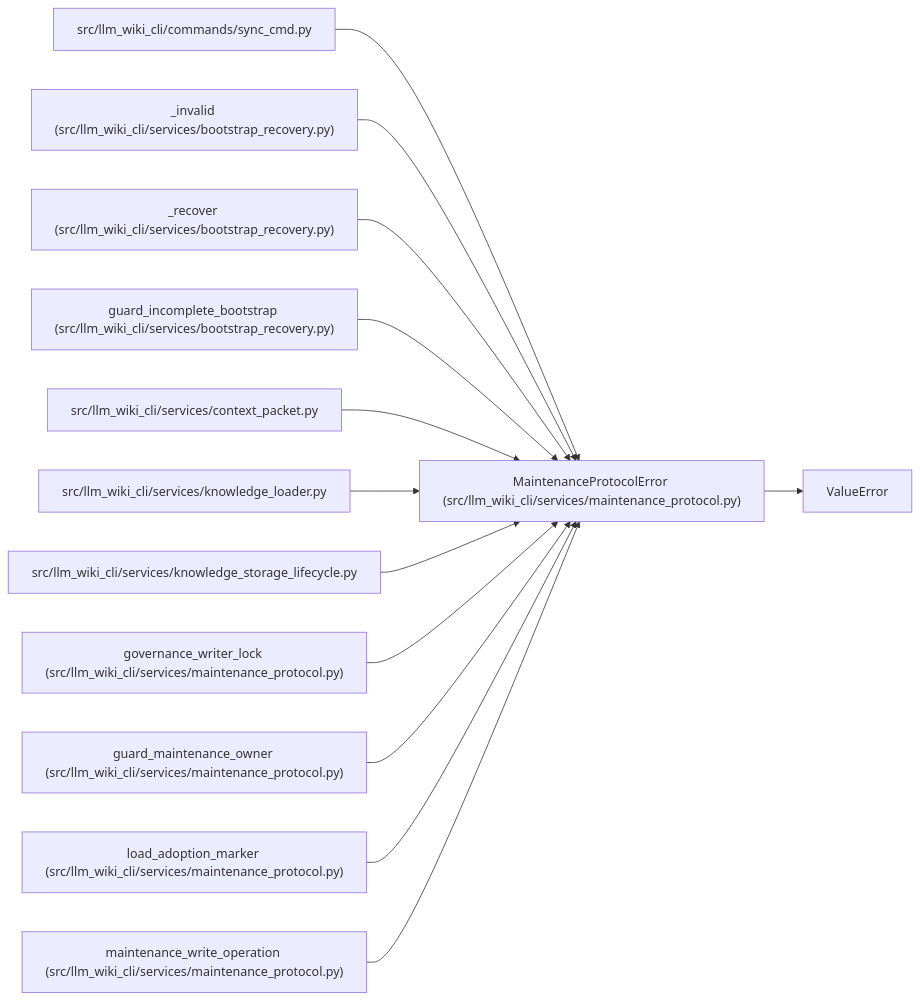
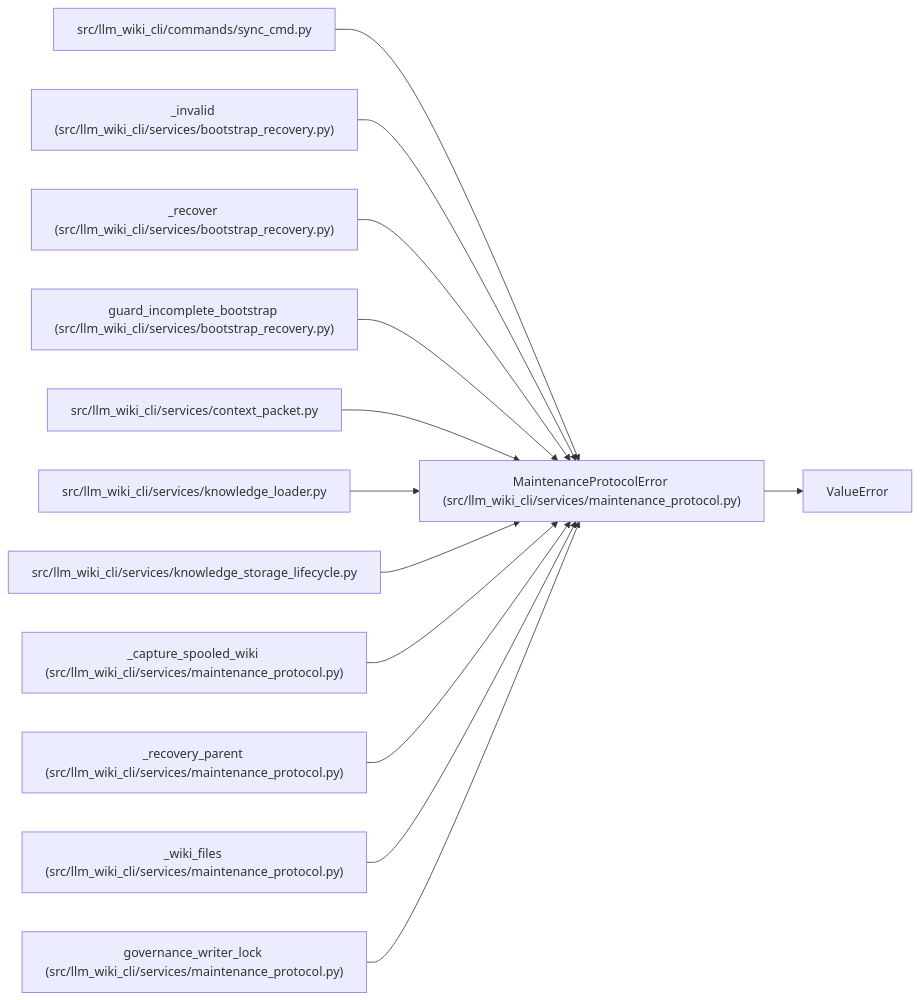
Before and after one commit to Denissvgn/python-wiki-llm: the diagram in docs/llm_wiki/entities/MaintenanceProtocolError.md, drawn with Mermaid. The commit also changed other lines of this file and 627 other files, not shown here.

Commit message:
docs: refresh release wiki for sync and recovery fixes

````diff
--- a/docs/llm_wiki/entities/MaintenanceProtocolError.md
+++ b/docs/llm_wiki/entities/MaintenanceProtocolError.md
@@ -25,40 +25,40 @@
 ```mermaid
 flowchart LR
     n0["MaintenanceProtocolError (src/llm_wiki_cli/services/maintenance_protocol.py)"]
     n1["ValueError"]
     n2["src/llm_wiki_cli/commands/sync_cmd.py"]
     n3["_invalid (src/llm_wiki_cli/services/bootstrap_recovery.py)"]
     n4["_recover (src/llm_wiki_cli/services/bootstrap_recovery.py)"]
     n5["guard_incomplete_bootstrap (src/llm_wiki_cli/services/bootstrap_recovery.py)"]
     n6["src/llm_wiki_cli/services/context_packet.py"]
     n7["src/llm_wiki_cli/services/knowledge_loader.py"]
     n8["src/llm_wiki_cli/services/knowledge_storage_lifecycle.py"]
-    n9["governance_writer_lock (src/llm_wiki_cli/services/maintenance_protocol.py)"]
-    n10["guard_maintenance_owner (src/llm_wiki_cli/services/maintenance_protocol.py)"]
-    n11["load_adoption_marker (src/llm_wiki_cli/services/maintenance_protocol.py)"]
-    n12["maintenance_write_operation (src/llm_wiki_cli/services/maintenance_protocol.py)"]
+    n9["_capture_spooled_wiki (src/llm_wiki_cli/services/maintenance_protocol.py)"]
+    n10["_recovery_parent (src/llm_wiki_cli/services/maintenance_protocol.py)"]
+    n11["_wiki_files (src/llm_wiki_cli/services/maintenance_protocol.py)"]
+    n12["governance_writer_lock (src/llm_wiki_cli/services/maintenance_protocol.py)"]
     n0 --> n1
     n2 --> n0
     n3 --> n0
     n4 --> n0
     n5 --> n0
     n6 --> n0
     n7 --> n0
     n8 --> n0
     n9 --> n0
     n10 --> n0
     n11 --> n0
     n12 --> n0
     click n0 "../modules/maintenance_protocol.md"
     click n2 "../modules/sync_cmd.md"
     click n3 "../modules/bootstrap_recovery.md"
     click n4 "../modules/bootstrap_recovery.md"
     click n5 "../modules/bootstrap_recovery.md"
     click n6 "../modules/context_packet.md"
     click n7 "../modules/knowledge_loader.md"
     click n8 "../modules/knowledge_storage_lifecycle.md"
     click n9 "../modules/maintenance_protocol.md"
     click n10 "../modules/maintenance_protocol.md"
     click n11 "../modules/maintenance_protocol.md"
     click n12 "../modules/maintenance_protocol.md"
 ```
````
